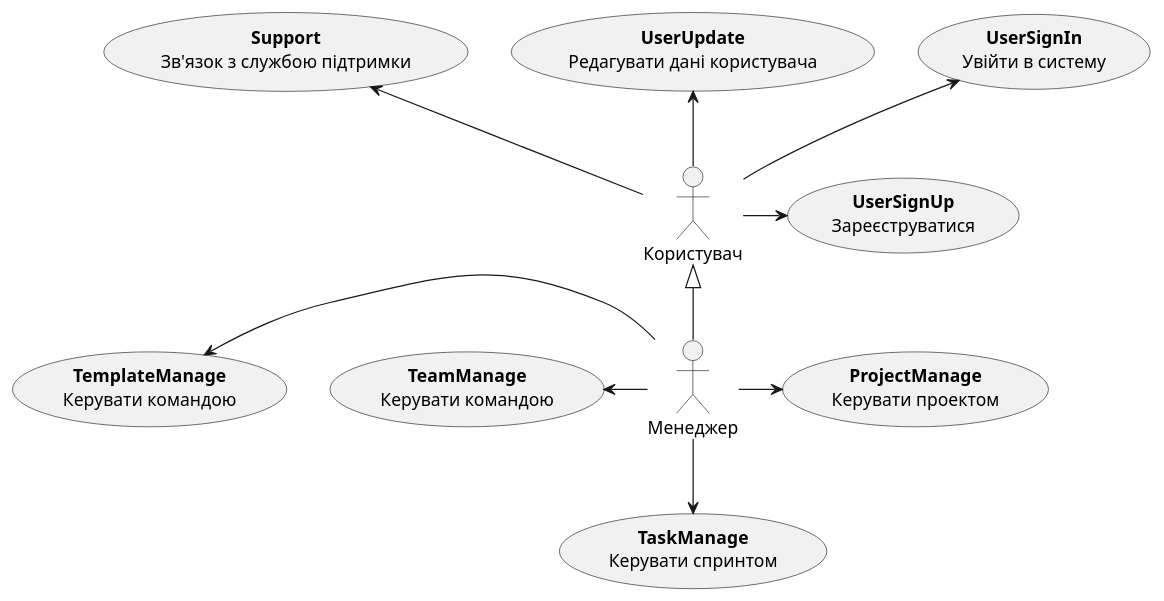
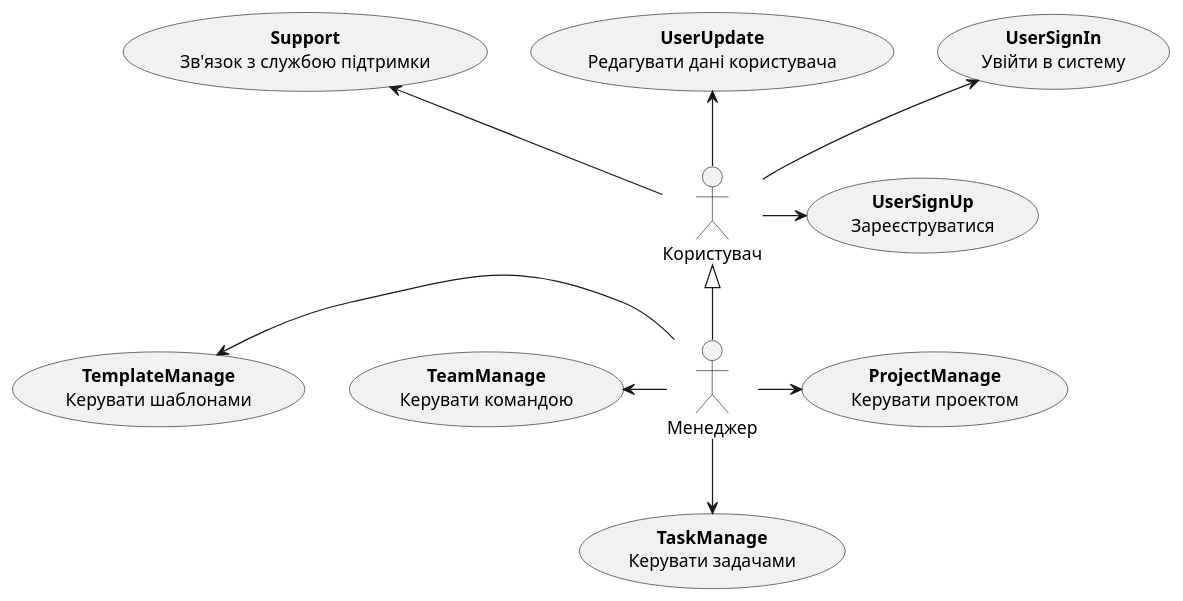
Before and after one commit to vlad13242/TaskForge: the first of 4 diagrams in docs/use cases/README.md, drawn with PlantUML. The commit also changed other lines of this file, not shown here.

```diff
--- a/docs/use cases/README.md
+++ b/docs/use cases/README.md
@@ -12,34 +12,34 @@
 @startuml
 
     skinparam noteFontColor white
 
     actor "Користувач" as User
 
 
     usecase "<b>UserSignUp</b>\nЗареєструватися" as UserSignUp
     usecase "<b>UserSignIn</b>\nУвійти в систему" as UserSignIn
     usecase "<b>UserUpdate</b>\nРедагувати дані користувача" as UserUpdate
     usecase "<b>Support</b>\nЗв'язок з службою підтримки" as Support
 
 
     User -r-> UserSignUp
     User -u-> UserSignIn
     User -u-> UserUpdate
     User -u-> Support
 
 
     actor "Менеджер" as Manager
 
     usecase "<b>ProjectManage</b>\nКерувати проектом" as ProjectManage
-    usecase "<b>TaskManage</b>\nКерувати спринтом" as TaskManage
+    usecase "<b>TaskManage</b>\nКерувати задачами" as TaskManage
     usecase "<b>TeamManage</b>\nКерувати командою" as TeamManage
-    usecase "<b>TemplateManage</b>\nКерувати командою" as TemplateManage
+    usecase "<b>TemplateManage</b>\nКерувати шаблонами" as TemplateManage
 
 
     Manager -> ProjectManage
     Manager -d-> TaskManage
     Manager -l-> TeamManage
     Manager -l-> TemplateManage
     Manager -u-|> User
 
 @enduml
```
